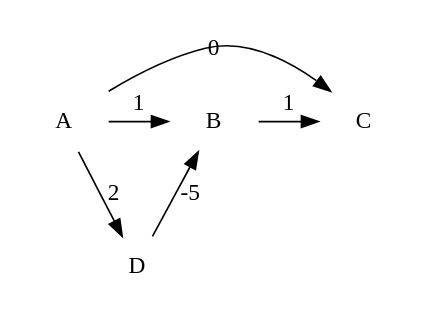
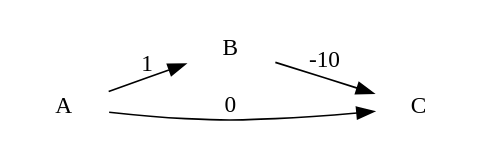
One commit to felipeqc/alg-class changed the diagram in ex07ex2.dot. Above: the diagram before and after it, drawn with Graphviz. The commit also changed 2 other files, not shown here.

```diff
--- a/ex07ex2.dot
+++ b/ex07ex2.dot
@@ -1,12 +1,10 @@
 /*
 	dot -Tpdf ex07ex2.dot > ex07ex2.pdf && open ex07ex2.pdf
 */
 digraph G{
+	graph[rankdir=LR]
 	node[shape=plaintext]
+	A -> B [label="1"]
 	A -> C [label="0"]
-	A -> B [label="1"]
-	A -> D [label="2"]
-	B -> C [label="1"]
-	D -> B [label="-5"]
-	{rank=same; A B C}
+	B -> C [label="-10"]
 }
```
